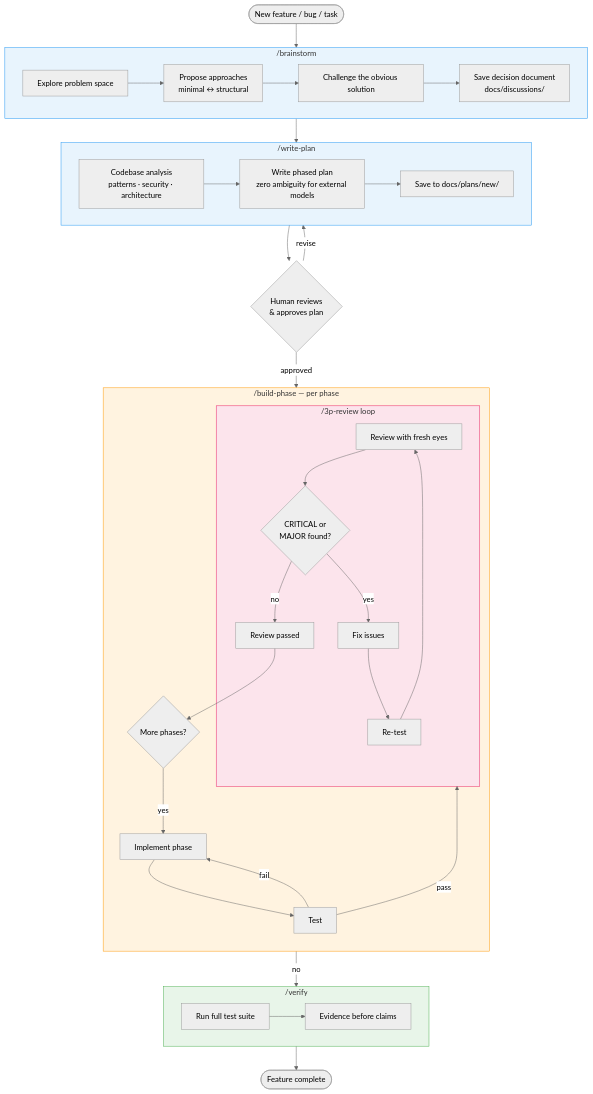
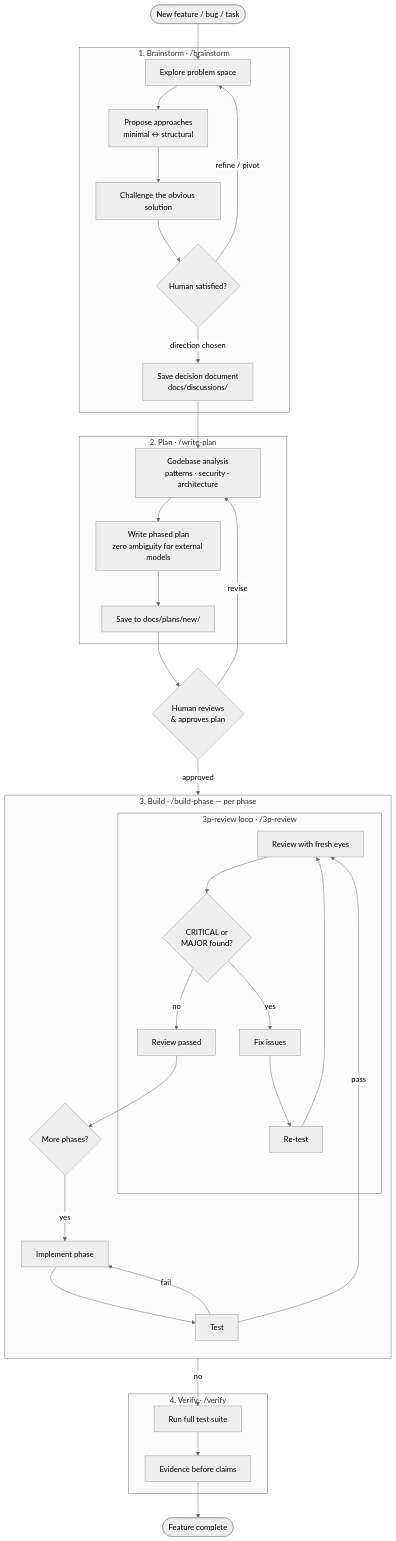
The diagram in README.md (nikhilw/structured-agentic-workflow), drawn with Mermaid (neutral theme) before and after one commit.

Commit message:
Improve workflow diagram: drop custom colors, add brainstorm loop
- Remove custom style lines so Mermaid uses GitHub's native theme
  (works in both light and dark mode)
- Brainstorm is now shown as a loop (refine/pivot -> explore again)
- Subgraph titles numbered and labeled: "1. Brainstorm", "2. Plan",
  "3. Build", "4. Verify" with skill names

````diff
--- a/README.md
+++ b/README.md
@@ -228,51 +228,47 @@
 ```mermaid
 flowchart TD
-    Start([New feature / bug / task]) --> Brainstorm
+    Start([New feature / bug / task]) --> B1
 
-    subgraph Brainstorm ["/brainstorm"]
+    subgraph Brainstorm ["1. Brainstorm · /brainstorm"]
         B1[Explore problem space] --> B2[Propose approaches<br/>minimal ↔ structural]
         B2 --> B3[Challenge the obvious solution]
-        B3 --> B4[Save decision document<br/>docs/discussions/]
+        B3 --> B4{Human satisfied?}
+        B4 -- "refine / pivot" --> B1
+        B4 -- "direction chosen" --> B5[Save decision document<br/>docs/discussions/]
     end
 
-    Brainstorm --> Plan
+    B5 --> P1
 
-    subgraph Plan ["/write-plan"]
+    subgraph Plan ["2. Plan · /write-plan"]
         P1[Codebase analysis<br/>patterns · security · architecture] --> P2[Write phased plan<br/>zero ambiguity for external models]
         P2 --> P3[Save to docs/plans/new/]
     end
 
-    Plan --> Approve{Human reviews<br/>& approves plan}
-    Approve -- revise --> Plan
-    Approve -- approved --> Build
+    P3 --> Approve{Human reviews<br/>& approves plan}
+    Approve -- "revise" --> P1
+    Approve -- "approved" --> I
 
-    subgraph Build ["/build-phase — per phase"]
+    subgraph Build ["3. Build · /build-phase — per phase"]
         direction TB
         I[Implement phase] --> T[Test]
-        T -- fail --> I
-        T -- pass --> R
+        T -- "fail" --> I
+        T -- "pass" --> R1
 
-        subgraph R ["/3p-review loop"]
+        subgraph Review ["3p-review loop · /3p-review"]
             R1[Review with fresh eyes] --> R2{CRITICAL or<br/>MAJOR found?}
-            R2 -- yes --> R3[Fix issues] --> R4[Re-test] --> R1
-            R2 -- no --> R5[Review passed]
+            R2 -- "yes" --> R3[Fix issues] --> R4[Re-test] --> R1
+            R2 -- "no" --> R5[Review passed]
         end
 
         R5 --> Next{More phases?}
-        Next -- yes --> I
+        Next -- "yes" --> I
     end
 
-    Next -- no --> Verify
+    Next -- "no" --> V1
 
-    subgraph Verify ["/verify"]
+    subgraph Verify ["4. Verify · /verify"]
         V1[Run full test suite] --> V2[Evidence before claims]
     end
 
-    Verify --> Done([Feature complete])
-
-    style Brainstorm fill:#e8f4fd,stroke:#2196F3
-    style Plan fill:#e8f4fd,stroke:#2196F3
-    style Build fill:#fff3e0,stroke:#FF9800
-    style R fill:#fce4ec,stroke:#E91E63
-    style Verify fill:#e8f5e9,stroke:#4CAF50
+    V2 --> Done([Feature complete])
 ```
````
